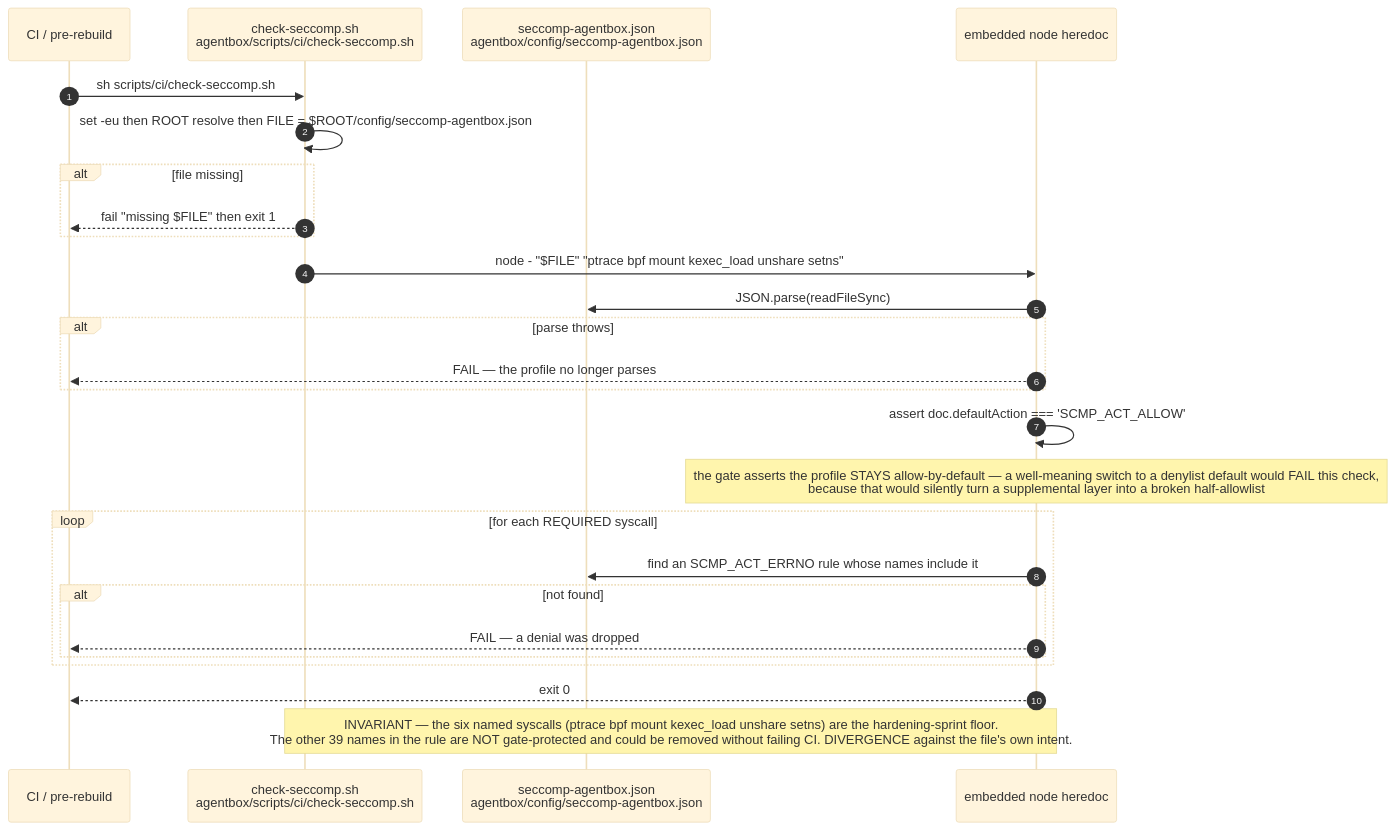
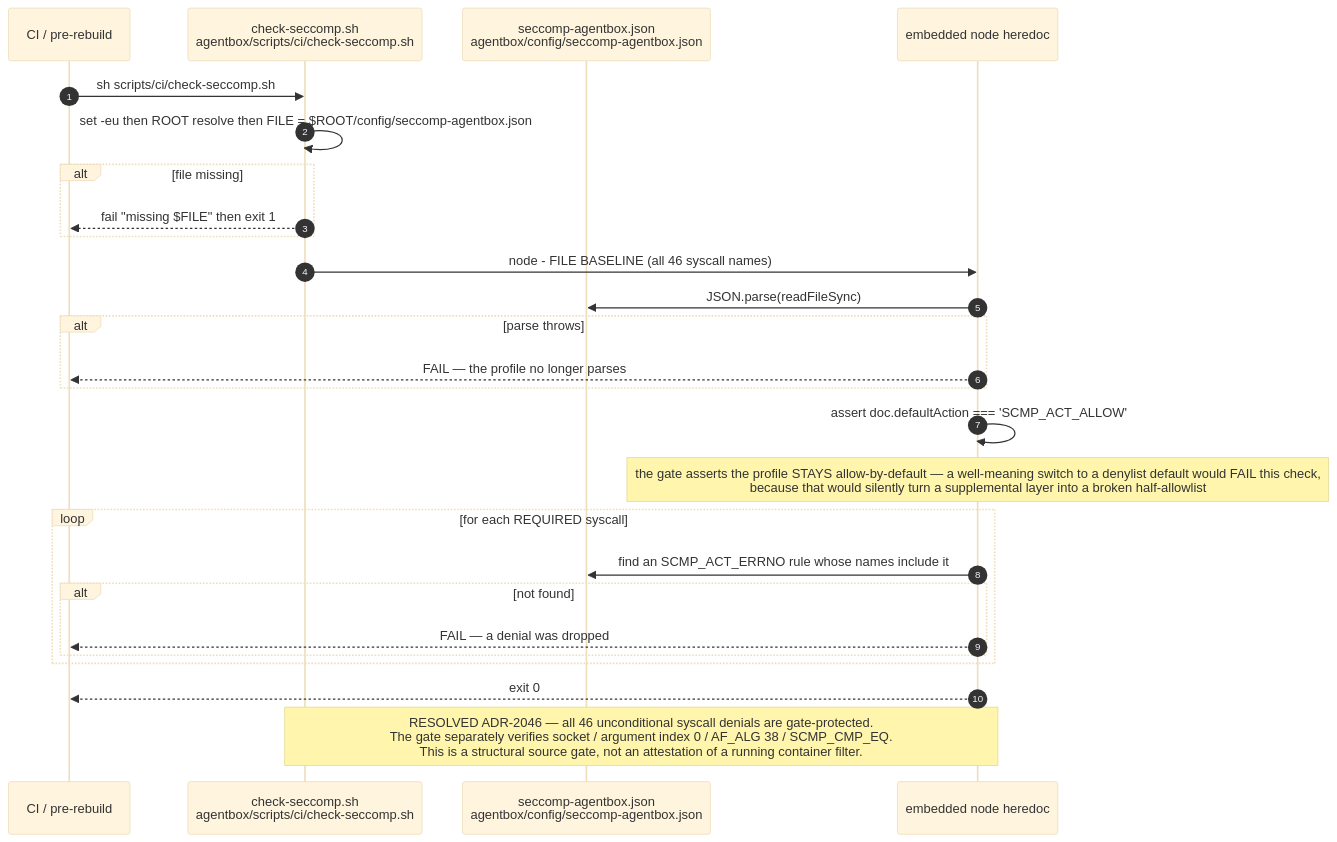
One commit to DreamLab-AI/VisionFlow changed the third of 12 diagrams in docs/diagrams/agentbox/16-secrets-custody-seccomp-profiles.md. Above: the diagram before and after it, drawn with Mermaid (base theme). The commit also changed other lines of this file and 185 other files, not shown here.

Commit message:
docs(estate): reconcile diagrams and ADRs with source and define closeout sprint

````diff
--- a/docs/diagrams/agentbox/16-secrets-custody-seccomp-profiles.md
+++ b/docs/diagrams/agentbox/16-secrets-custody-seccomp-profiles.md
@@ -87,29 +89,29 @@
 ```mermaid
 sequenceDiagram
     autonumber
     participant CI as CI / pre-rebuild
     participant SH as check-seccomp.sh<br/>agentbox/scripts/ci/check-seccomp.sh
     participant F as seccomp-agentbox.json<br/>agentbox/config/seccomp-agentbox.json
     participant NODE as embedded node heredoc
 
     CI->>SH: sh scripts/ci/check-seccomp.sh
     SH->>SH: set -eu then ROOT resolve then FILE = $ROOT/config/seccomp-agentbox.json
     alt file missing
         SH-->>CI: fail "missing $FILE" then exit 1
     end
-    SH->>NODE: node - "$FILE" "ptrace bpf mount kexec_load unshare setns"
+    SH->>NODE: node - FILE BASELINE (all 46 syscall names)
     NODE->>F: JSON.parse(readFileSync)
     alt parse throws
         NODE-->>CI: FAIL — the profile no longer parses
     end
     NODE->>NODE: assert doc.defaultAction === 'SCMP_ACT_ALLOW'
     Note over NODE: the gate asserts the profile STAYS allow-by-default — a well-meaning switch to a denylist default would FAIL this check,<br/>because that would silently turn a supplemental layer into a broken half-allowlist
     loop for each REQUIRED syscall
         NODE->>F: find an SCMP_ACT_ERRNO rule whose names include it
         alt not found
             NODE-->>CI: FAIL — a denial was dropped
         end
     end
     NODE-->>CI: exit 0
-    Note over SH,NODE: INVARIANT — the six named syscalls (ptrace bpf mount kexec_load unshare setns) are the hardening-sprint floor.<br/>The other 39 names in the rule are NOT gate-protected and could be removed without failing CI. DIVERGENCE against the file's own intent.
+    Note over SH,NODE: RESOLVED ADR-2046 — all 46 unconditional syscall denials are gate-protected.<br/>The gate separately verifies socket / argument index 0 / AF_ALG 38 / SCMP_CMP_EQ.<br/>This is a structural source gate, not an attestation of a running container filter.
 ```
````
